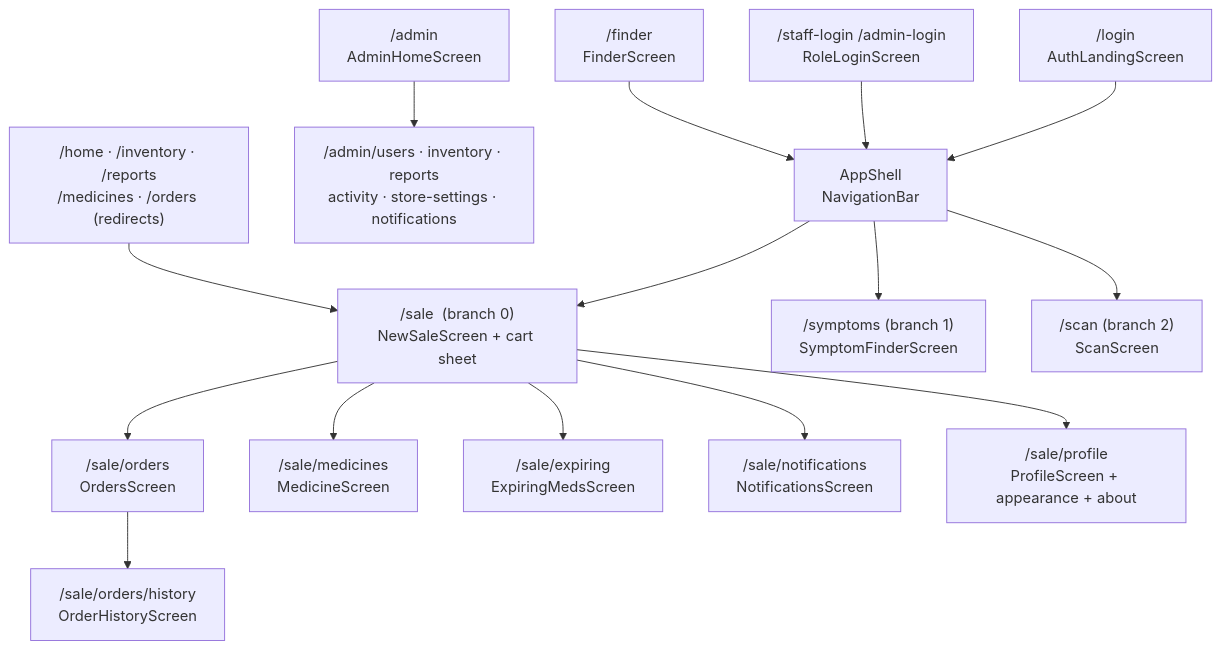
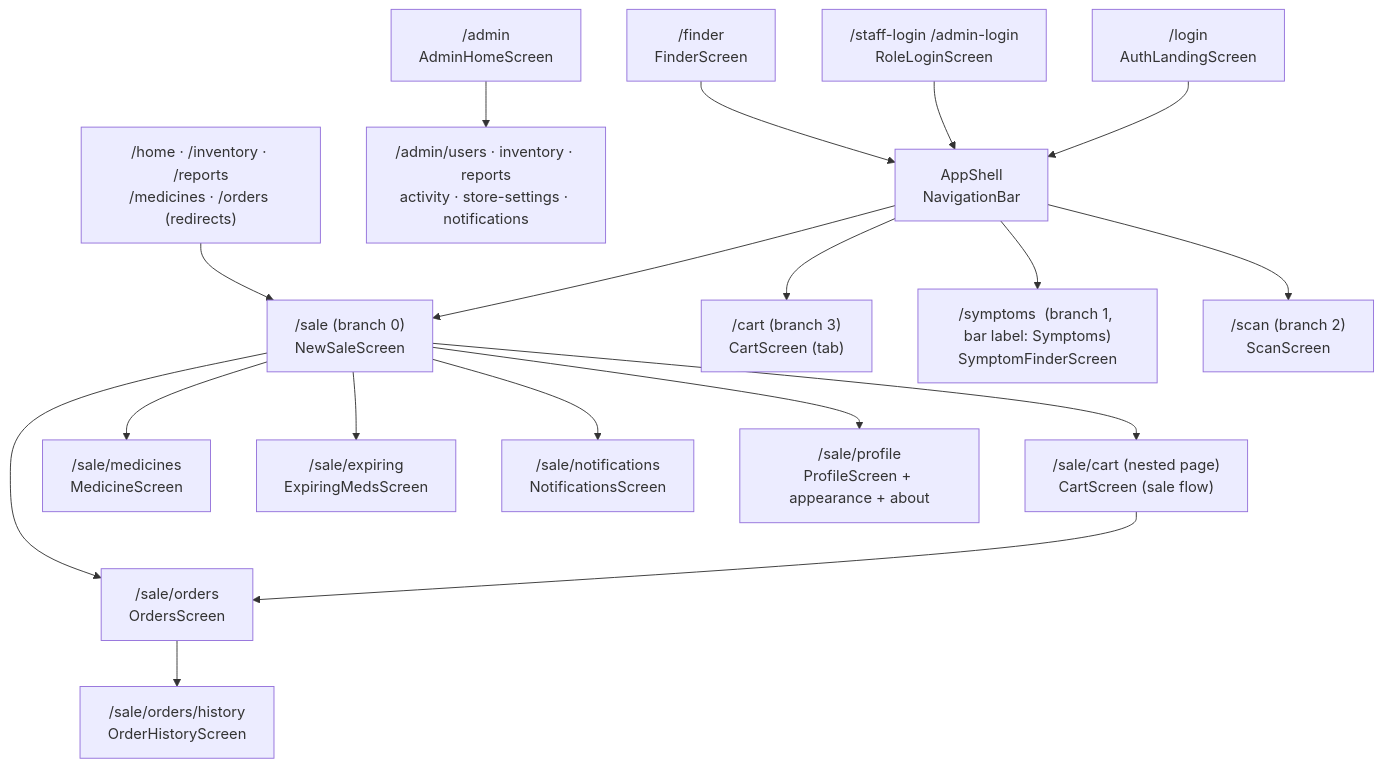
One commit to adriantoque/pharma-app changed the third of 5 diagrams in docs/architecture.md. Above: the diagram before and after it, drawn with Mermaid. The commit also changed other lines of this file and 7 other files, not shown here.

Commit message:
cart and symptoms finder put in nav bar

````diff
--- a/docs/architecture.md
+++ b/docs/architecture.md
@@ -268,38 +271,43 @@
 ```mermaid
 graph TD
   login["/login<br/>AuthLandingScreen"]
   staff["/staff-login /admin-login<br/>RoleLoginScreen"]
   shell["AppShell<br/>NavigationBar"]
 
-  sale["/sale  (branch 0)<br/>NewSaleScreen + cart sheet"]
+  sale["/sale  (branch 0)<br/>NewSaleScreen"]
+  cartFlow["/sale/cart  (nested page)<br/>CartScreen (sale flow)"]
+  cartTab["/cart  (branch 3)<br/>CartScreen (tab)"]
   orders["/sale/orders<br/>OrdersScreen"]
   history["/sale/orders/history<br/>OrderHistoryScreen"]
   medicines["/sale/medicines<br/>MedicineScreen"]
   expiring["/sale/expiring<br/>ExpiringMedsScreen"]
   notifications["/sale/notifications<br/>NotificationsScreen"]
   profile["/sale/profile<br/>ProfileScreen + appearance + about"]
 
-  symptoms["/symptoms  (branch 1)<br/>SymptomFinderScreen"]
+  symptoms["/symptoms  (branch 1, bar label: Symptoms)<br/>SymptomFinderScreen"]
   scan["/scan  (branch 2)<br/>ScanScreen"]
 
   admin["/admin<br/>AdminHomeScreen"]
   adminRoutes["/admin/users · inventory · reports<br/>activity · store-settings · notifications"]
 
   finder["/finder<br/>FinderScreen"]
   legacy["/home · /inventory · /reports<br/>/medicines · /orders (redirects)"]
 
   login --> shell
   staff --> shell
   shell --> sale
   shell --> symptoms
   shell --> scan
+  shell --> cartTab
   finder --> shell
+  sale --> cartFlow
+  cartFlow --> orders
   sale --> orders
   orders --> history
   sale --> medicines
   sale --> expiring
   sale --> notifications
   sale --> profile
   legacy --> sale
   admin --> adminRoutes
 ```
````
